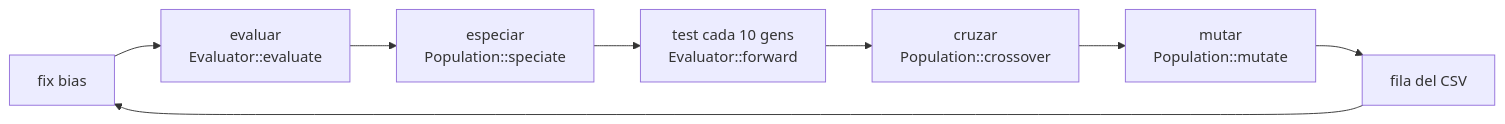
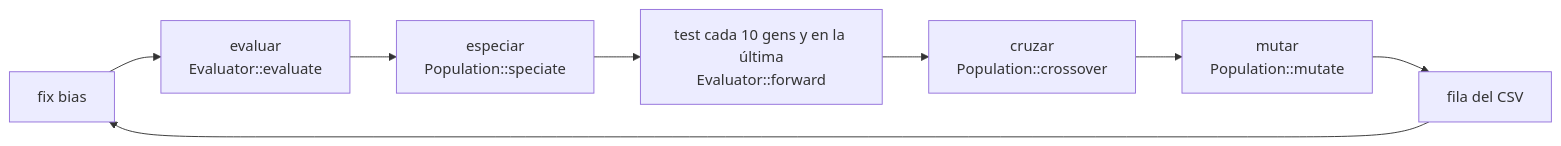
The second of 4 diagrams in neuroevo/docs/ARQUITECTURA.md (3273B4N/ProyectoFinalHeterogeneos), drawn with Mermaid before and after one commit. The commit also changed other lines of this file and 6 other files, not shown here.

````diff
--- a/neuroevo/docs/ARQUITECTURA.md
+++ b/neuroevo/docs/ARQUITECTURA.md
@@ -79,10 +80,10 @@
 ```mermaid
 flowchart LR
     A[fix bias] --> B["evaluar<br/>Evaluator::evaluate"]
     B --> C["especiar<br/>Population::speciate"]
-    C --> D["test cada 10 gens<br/>Evaluator::forward"]
+    C --> D["test cada 10 gens y en la última<br/>Evaluator::forward"]
     D --> E["cruzar<br/>Population::crossover"]
     E --> F["mutar<br/>Population::mutate"]
     F --> G[fila del CSV]
     G --> A
 ```
````
